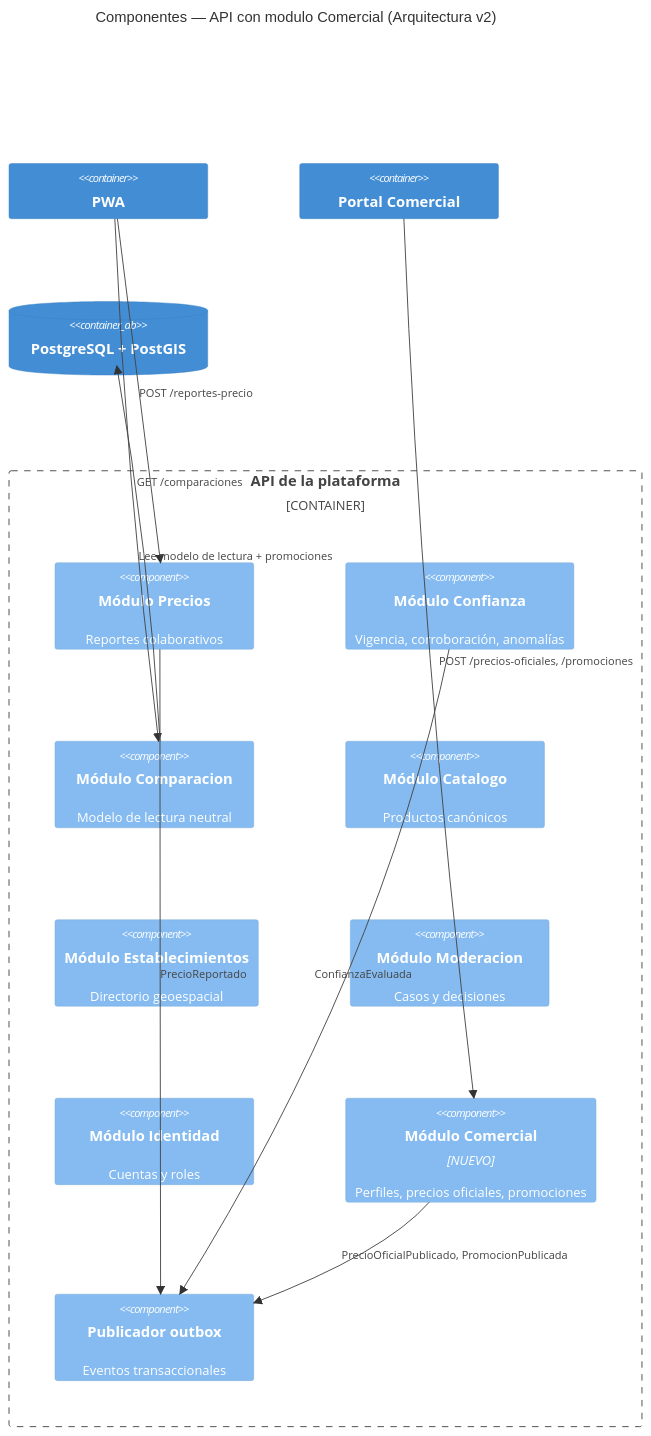
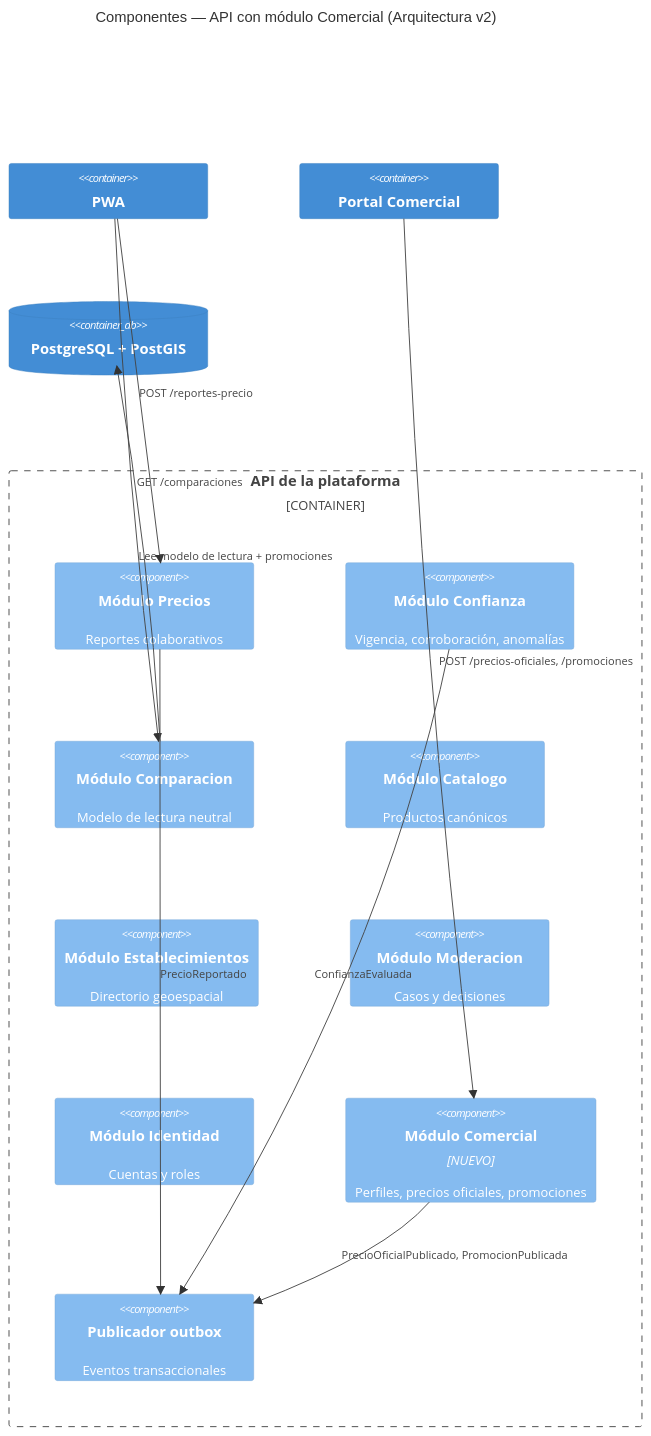
Before and after one commit to carlosaugustocue/proyectoNuclear4: the first of 2 diagrams in docs/03-arquitectura/analisis-impacto-modulo-comercial.md, drawn with Mermaid. The commit also changed 1 other file, not shown here.

Commit message:
docs: rutas de archivos del informe TDD tras el refactor de contextos y titulo del diagrama v2

````diff
--- a/docs/03-arquitectura/analisis-impacto-modulo-comercial.md
+++ b/docs/03-arquitectura/analisis-impacto-modulo-comercial.md
@@ -146,25 +146,25 @@
 ```mermaid
 C4Component
-    title Componentes — API con modulo Comercial (Arquitectura v2)
+    title Componentes — API con módulo Comercial (Arquitectura v2)
     Container(pwa, "PWA")
     Container(portal, "Portal Comercial")
     ContainerDb(db, "PostgreSQL + PostGIS")
     Container_Boundary(api, "API de la plataforma") {
         Component(precios, "Módulo Precios", "", "Reportes colaborativos")
         Component(confianza, "Módulo Confianza", "", "Vigencia, corroboración, anomalías")
         Component(comparacion, "Módulo Comparacion", "", "Modelo de lectura neutral")
         Component(catalogo, "Módulo Catalogo", "", "Productos canónicos")
         Component(estab, "Módulo Establecimientos", "", "Directorio geoespacial")
         Component(moderacion, "Módulo Moderacion", "", "Casos y decisiones")
         Component(identidad, "Módulo Identidad", "", "Cuentas y roles")
         Component(comercial, "Módulo Comercial", "NUEVO", "Perfiles, precios oficiales, promociones")
         Component(outbox, "Publicador outbox", "", "Eventos transaccionales")
     }
     Rel(pwa, precios, "POST /reportes-precio")
     Rel(pwa, comparacion, "GET /comparaciones")
     Rel(portal, comercial, "POST /precios-oficiales, /promociones")
     Rel(comercial, outbox, "PrecioOficialPublicado, PromocionPublicada")
     Rel(precios, outbox, "PrecioReportado")
     Rel(confianza, outbox, "ConfianzaEvaluada")
     Rel(comparacion, db, "Lee modelo de lectura + promociones")
 ```
````
